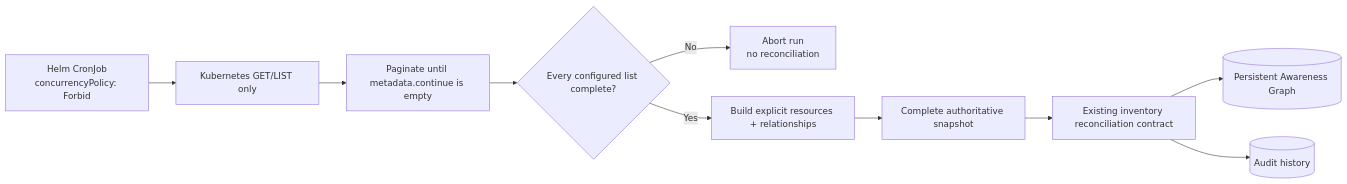
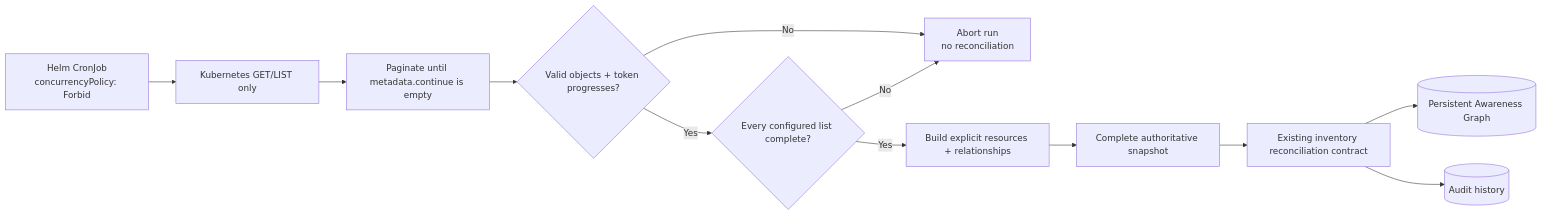
Before and after one commit to marcocristofolini/ai-sre-rca: the third of 4 diagrams in docs/persistent-awareness-graph.md, drawn with Mermaid. The commit also changed other lines of this file, not shown here.

Commit message:
docs: document fail-closed Kubernetes inventory identity

```diff
--- a/docs/persistent-awareness-graph.md
+++ b/docs/persistent-awareness-graph.md
@@ -89,12 +89,14 @@
 ~~~mermaid
 flowchart LR
     CRON[Helm CronJob<br/>concurrencyPolicy: Forbid] --> GET[Kubernetes GET/LIST only]
     GET --> PAGE[Paginate until metadata.continue is empty]
-    PAGE --> COMPLETE{Every configured list complete?}
-    COMPLETE -->|No| ABORT[Abort run<br/>no reconciliation]
+    PAGE --> VALID{Valid objects + token progresses?}
+    VALID -->|No| ABORT[Abort run<br/>no reconciliation]
+    VALID -->|Yes| COMPLETE{Every configured list complete?}
+    COMPLETE -->|No| ABORT
     COMPLETE -->|Yes| BUILD[Build explicit resources + relationships]
     BUILD --> SNAP[Complete authoritative snapshot]
     SNAP --> REC[Existing inventory reconciliation contract]
     REC --> PAG[(Persistent Awareness Graph)]
     REC --> AUDIT[(Audit history)]
 ~~~
```
